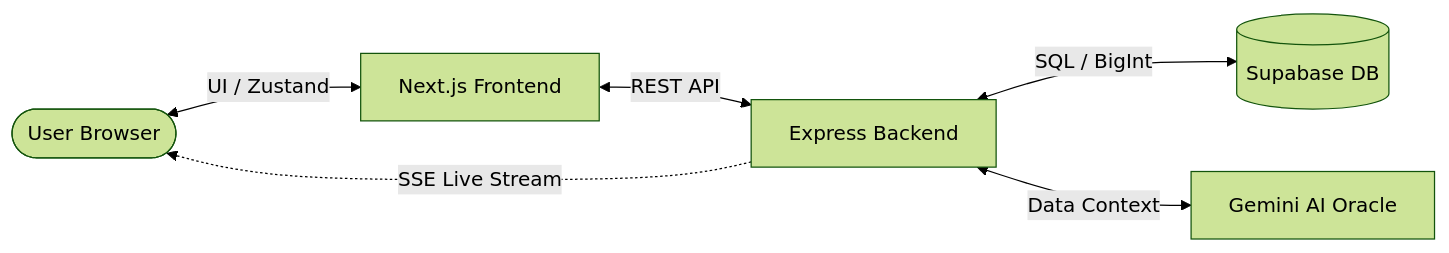
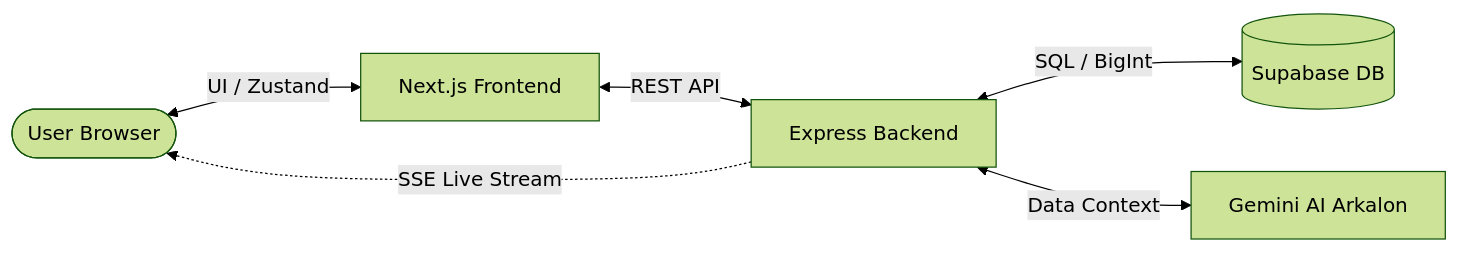
Before and after one commit to AlexDegerman/rps-league-app: the diagram in README.md, drawn with Mermaid (forest theme). The commit also changed other lines of this file and 58 other files, not shown here.

Commit message:
rename oracle to arkalon and style header submenu

````diff
--- a/README.md
+++ b/README.md
@@ -503,14 +503,14 @@
 ```mermaid
 graph LR
     User([User Browser])
     Next[Next.js Frontend]
     API[Express Backend]
     DB[(Supabase DB)]
-    AI[Gemini AI Oracle]
+    AI[Gemini AI Arkalon]
 
     User <-->|UI / Zustand| Next
     Next <-->|REST API| API
     API <-->|SQL / BigInt| DB
     API <-->|Data Context| AI
     API -.->|SSE Live Stream| User
 ```
````
